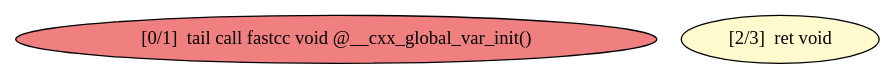
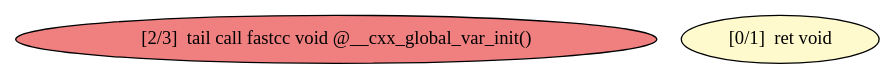
One commit to harel-coffee/PParMetrics-auto changed the diagram in playground/dots/linked-list-traversal/_GLOBAL__sub_I_linked_list_traversal.cpp.pdg.cg.dot.dot. Above: the diagram before and after it, drawn with Graphviz. The commit also changed 207 other files, not shown here.

```diff
--- a/playground/dots/linked-list-traversal/_GLOBAL__sub_I_linked_list_traversal.cpp.pdg.cg.dot.dot
+++ b/playground/dots/linked-list-traversal/_GLOBAL__sub_I_linked_list_traversal.cpp.pdg.cg.dot.dot
@@ -1,10 +1,10 @@
 
 digraph G {
 
 
-node342 [fillcolor=lightcoral,label="[0/1]  tail call fastcc void @__cxx_global_var_init()",shape=ellipse,style=filled ]
-node341 [fillcolor=lemonchiffon,label="[2/3]  ret void",shape=ellipse,style=filled ]
+node441 [fillcolor=lightcoral,label="[2/3]  tail call fastcc void @__cxx_global_var_init()",shape=ellipse,style=filled ]
+node440 [fillcolor=lemonchiffon,label="[0/1]  ret void",shape=ellipse,style=filled ]
 
 
 
 }
```
